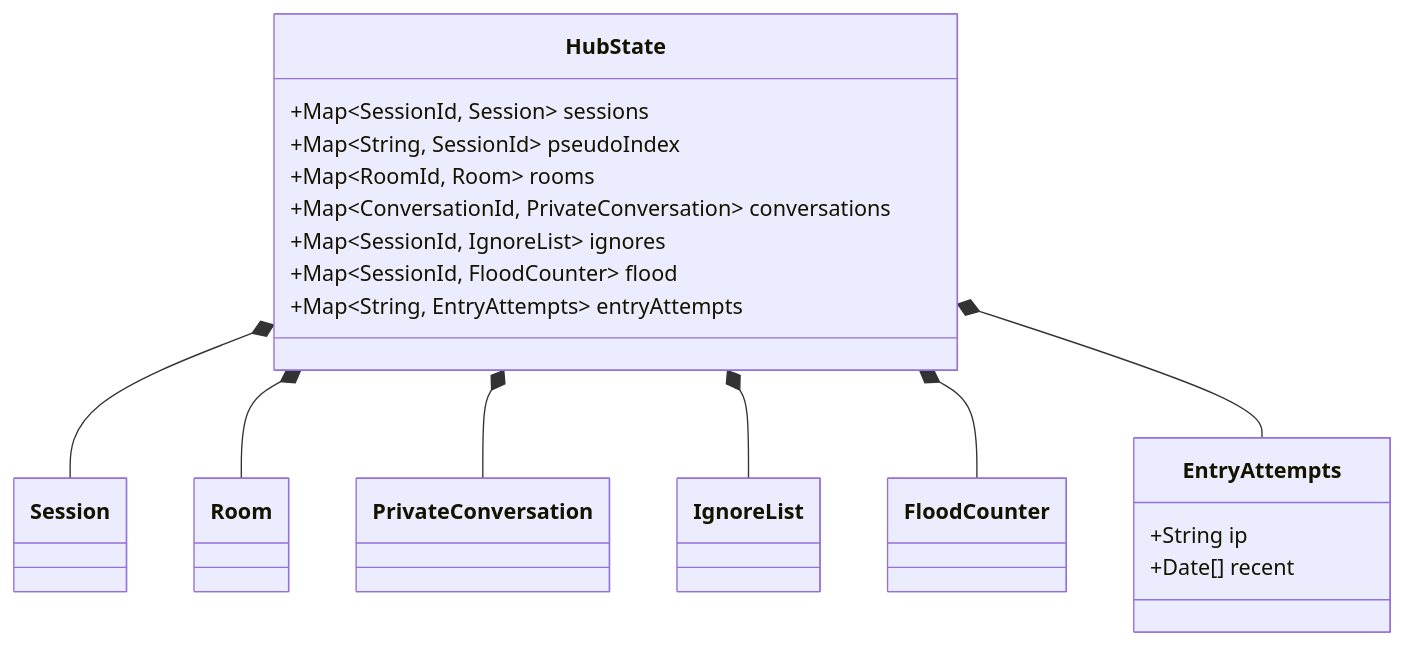
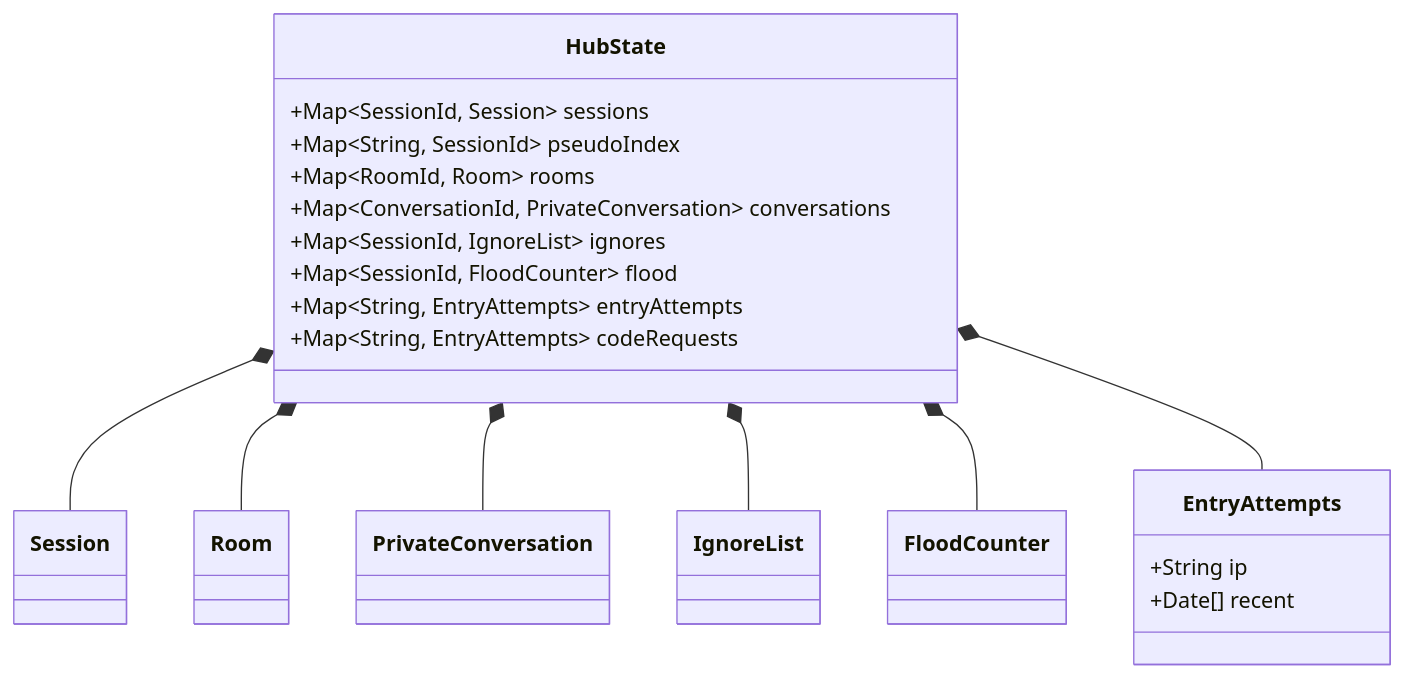
One commit to benoit-bremaud/asv changed the diagram in docs/architecture/diagrams/platform/04b-class-hub-state.md. Above: the diagram before and after it, drawn with Mermaid. The commit also changed other lines of this file and 43 other files, not shown here.

First line of the commit message:
docs: accounts for private messages, strikes, legal-first roadmap

````diff
--- a/docs/architecture/diagrams/platform/04b-class-hub-state.md
+++ b/docs/architecture/diagrams/platform/04b-class-hub-state.md
@@ -14,27 +14,28 @@
 ```mermaid
 classDiagram
   class HubState {
     +Map~SessionId, Session~ sessions
     +Map~String, SessionId~ pseudoIndex
     +Map~RoomId, Room~ rooms
     +Map~ConversationId, PrivateConversation~ conversations
     +Map~SessionId, IgnoreList~ ignores
     +Map~SessionId, FloodCounter~ flood
     +Map~String, EntryAttempts~ entryAttempts
+    +Map~String, EntryAttempts~ codeRequests
   }
   class Session
   class Room
   class PrivateConversation
   class IgnoreList
   class FloodCounter
   class EntryAttempts {
     +String ip
     +Date[] recent
   }
   HubState *-- Session
   HubState *-- Room
   HubState *-- PrivateConversation
   HubState *-- IgnoreList
   HubState *-- FloodCounter
   HubState *-- EntryAttempts
 ```
````
